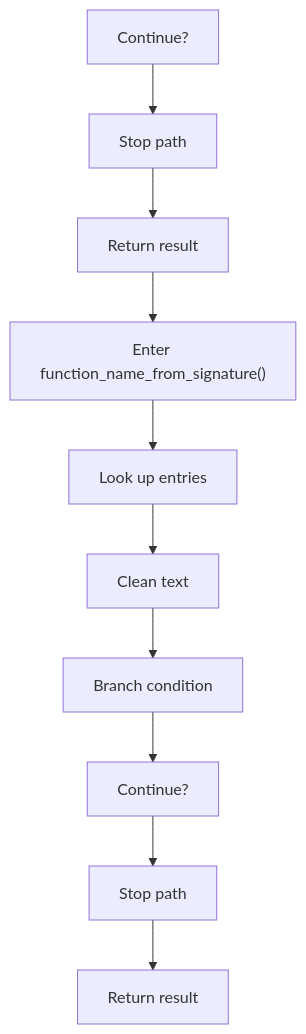
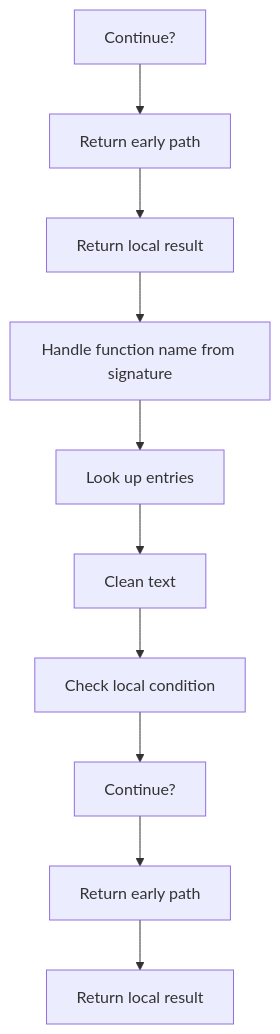
Before and after one commit to JohnAndrewBalbarosa/NeoTerritory: the fourth of 9 diagrams in docs/Codebase/Microservice/Modules/Source/Analysis/ImplementationUse/Resolution/Symbols/Resolve/Flow/symbols_utils_program_flow.cpp.md, drawn with Mermaid. The commit also changed other lines of this file and 925 other files, not shown here.

````diff
--- a/docs/Codebase/Microservice/Modules/Source/Analysis/ImplementationUse/Resolution/Symbols/Resolve/Flow/symbols_utils_program_flow.cpp.md
+++ b/docs/Codebase/Microservice/Modules/Source/Analysis/ImplementationUse/Resolution/Symbols/Resolve/Flow/symbols_utils_program_flow.cpp.md
@@ -93,22 +93,22 @@
 ```mermaid
 flowchart TD
     N0["Continue?"]
-    N1["Stop path"]
-    N2["Return result"]
-    N3["Enter function_name_from_signature()"]
+    N1["Return early path"]
+    N2["Return local result"]
+    N3["Handle function name from signature"]
     N4["Look up entries"]
     N5["Clean text"]
-    N6["Branch condition"]
+    N6["Check local condition"]
     N7["Continue?"]
-    N8["Stop path"]
-    N9["Return result"]
+    N8["Return early path"]
+    N9["Return local result"]
     N0 --> N1
     N1 --> N2
     N2 --> N3
     N3 --> N4
     N4 --> N5
     N5 --> N6
     N6 --> N7
     N7 --> N8
     N8 --> N9
 ```
````
